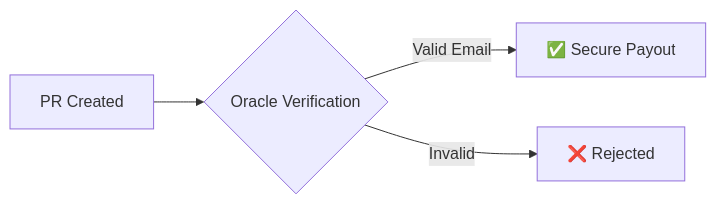
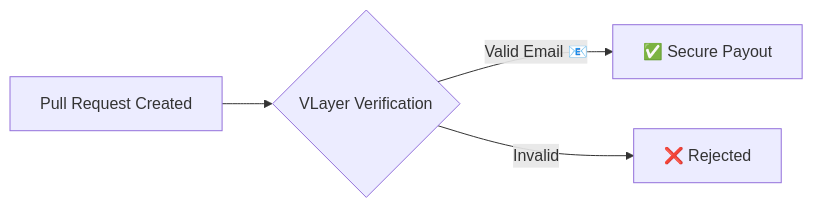
The fourth of 4 diagrams in README.md (b3ww/ethglobal), drawn with Mermaid before and after one commit. The commit also changed other lines of this file, not shown here.

````diff
--- a/README.md
+++ b/README.md
@@ -59,6 +111,6 @@
 ```mermaid
 graph LR
-    A[PR Created] --> B{Oracle Verification}
-    B -->|Valid Email| C[✅ Secure Payout]
+    A[Pull Request Created] --> B{VLayer Verification}
+    B -->|Valid Email 📧| C[✅ Secure Payout]
     B -->|Invalid| D[❌ Rejected]
 ```
````
